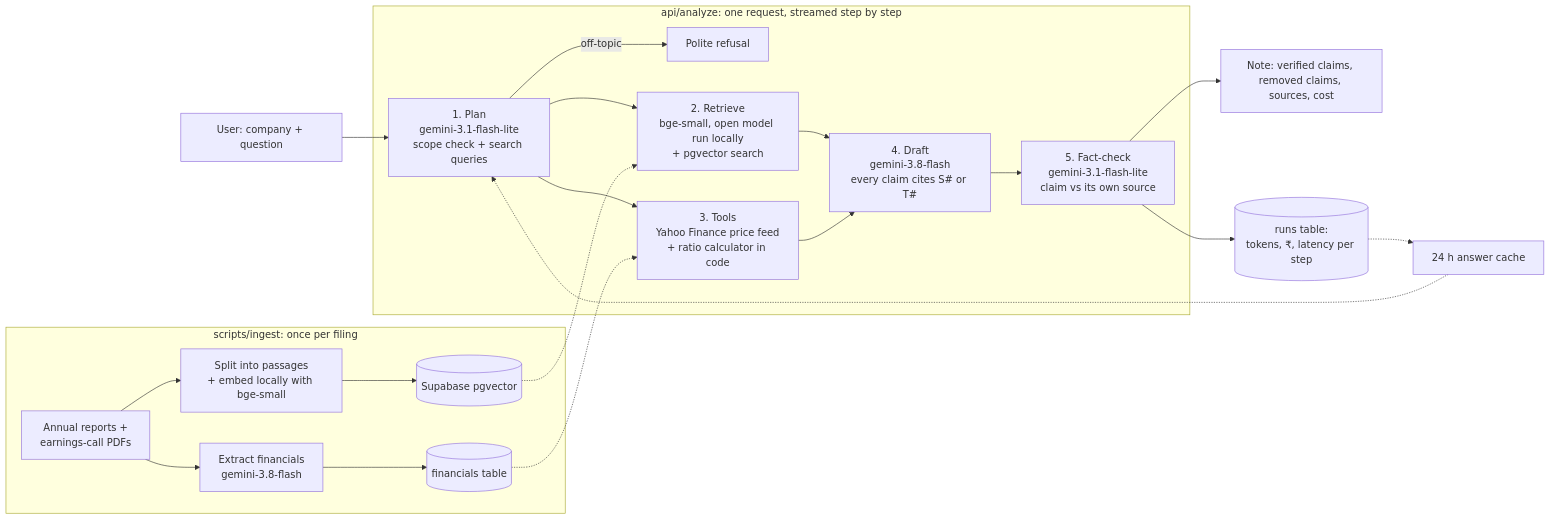
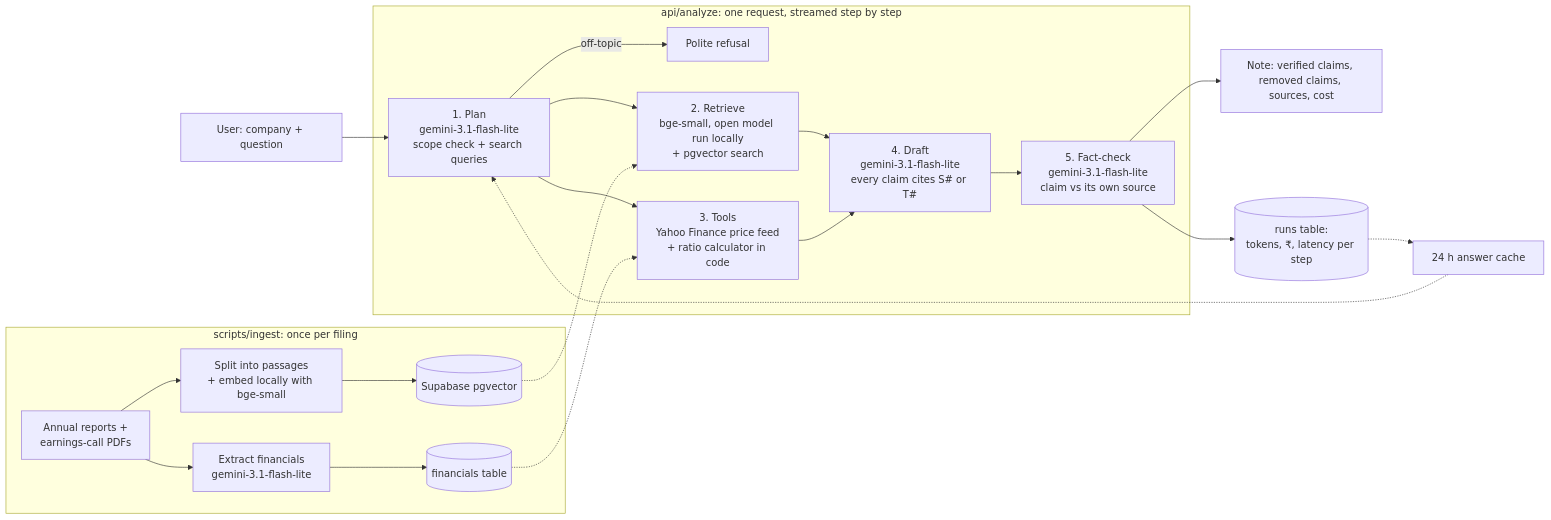
Before and after one commit to randervanshita-hub/GENAI-GROUP: the diagram in docs/architecture.md, drawn with Mermaid. The commit also changed other lines of this file and 7 other files, not shown here.

Commit message:
Use Flash-Lite as default writer (free-tier quota), hard per-call deadline, skip models out of daily quota

````diff
--- a/docs/architecture.md
+++ b/docs/architecture.md
@@ -3,26 +3,26 @@
 ```mermaid
 flowchart LR
   U[User: company + question] --> P
 
   subgraph Pipeline [api/analyze: one request, streamed step by step]
     P[1. Plan<br/>gemini-3.1-flash-lite<br/>scope check + search queries]
     P -->|off-topic| X[Polite refusal]
     P --> R[2. Retrieve<br/>bge-small, open model run locally<br/>+ pgvector search]
     P --> T[3. Tools<br/>Yahoo Finance price feed<br/>+ ratio calculator in code]
-    R --> D[4. Draft<br/>gemini-3.8-flash<br/>every claim cites S# or T#]
+    R --> D[4. Draft<br/>gemini-3.1-flash-lite<br/>every claim cites S# or T#]
     T --> D
     D --> C[5. Fact-check<br/>gemini-3.1-flash-lite<br/>claim vs its own source]
   end
 
   C --> O[Note: verified claims, removed claims, sources, cost]
   C --> L[(runs table:<br/>tokens, ₹, latency per step)]
 
   subgraph Offline [scripts/ingest: once per filing]
     F[Annual reports +<br/>earnings-call PDFs] --> K[Split into passages<br/>+ embed locally with bge-small]
     K --> V[(Supabase pgvector)]
-    F --> E[Extract financials<br/>gemini-3.8-flash] --> FIN[(financials table)]
+    F --> E[Extract financials<br/>gemini-3.1-flash-lite] --> FIN[(financials table)]
   end
   V -.-> R
   FIN -.-> T
   L -.-> CACHE[24 h answer cache] -.-> P
 ```
````
